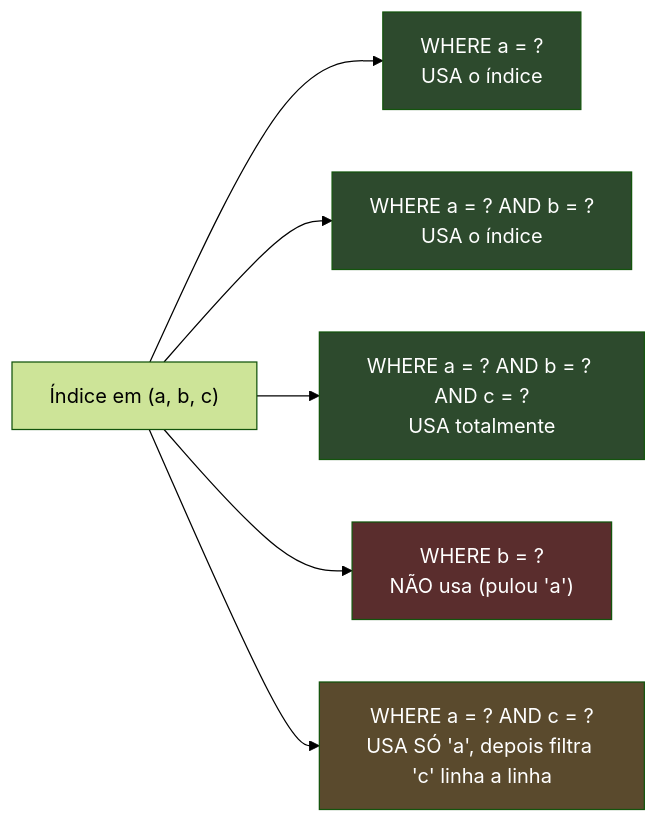
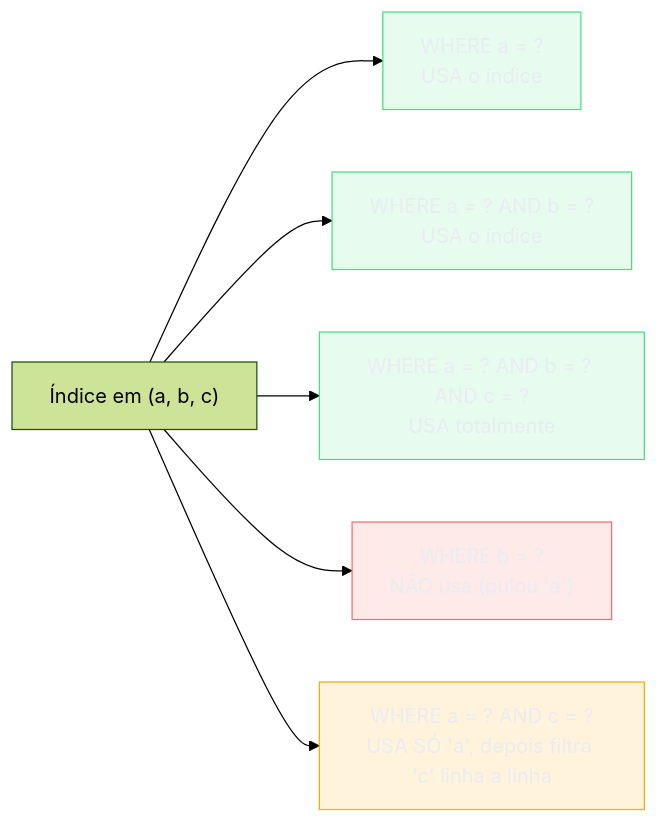
The second of 4 diagrams in 03-Dominios/Ciência/Banco de Dados/07 - Índices.md (josenaldo/codex-technomanticus), drawn with Mermaid (forest theme) before and after one commit. The commit also changed other lines of this file and 1181 other files, not shown here.

First line of the commit message:
fix(diagramas): paleta do sistema no lugar de cor cravada no markdown

````diff
--- a/03-Dominios/Ciência/Banco de Dados/07 - Índices.md
+++ b/03-Dominios/Ciência/Banco de Dados/07 - Índices.md
@@ -111,14 +113,17 @@
 ```mermaid
 flowchart LR
+    classDef ok fill:#4ADE8021,stroke:#4ADE80,color:#E9ECF2
+    classDef falha fill:#FF6B6B24,stroke:#FF6B6B,color:#E9ECF2
+    classDef destaque fill:#FFAA0024,stroke:#FFAA00,color:#E9ECF2
     IDX["Índice em (a, b, c)"]
     IDX --> Q1["WHERE a = ?<br/>USA o índice"]
     IDX --> Q2["WHERE a = ? AND b = ?<br/>USA o índice"]
     IDX --> Q3["WHERE a = ? AND b = ? AND c = ?<br/>USA totalmente"]
     IDX --> Q4["WHERE b = ?<br/>NÃO usa (pulou 'a')"]
     IDX --> Q5["WHERE a = ? AND c = ?<br/>USA SÓ 'a', depois filtra 'c' linha a linha"]
-    style Q1 fill:#2d4a2d,color:#fff
-    style Q2 fill:#2d4a2d,color:#fff
-    style Q3 fill:#2d4a2d,color:#fff
-    style Q4 fill:#5a2d2d,color:#fff
-    style Q5 fill:#5a4a2d,color:#fff
+    class Q1 ok
+    class Q2 ok
+    class Q3 ok
+    class Q4 falha
+    class Q5 destaque
 ```
````
